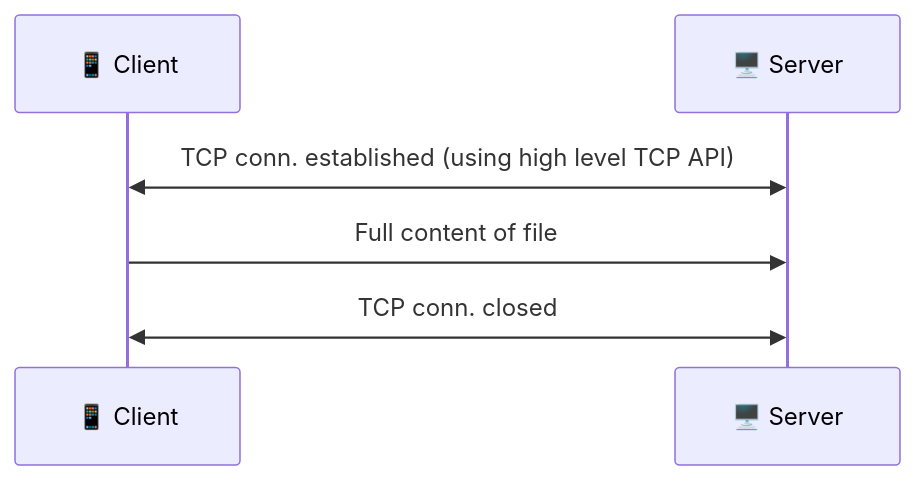
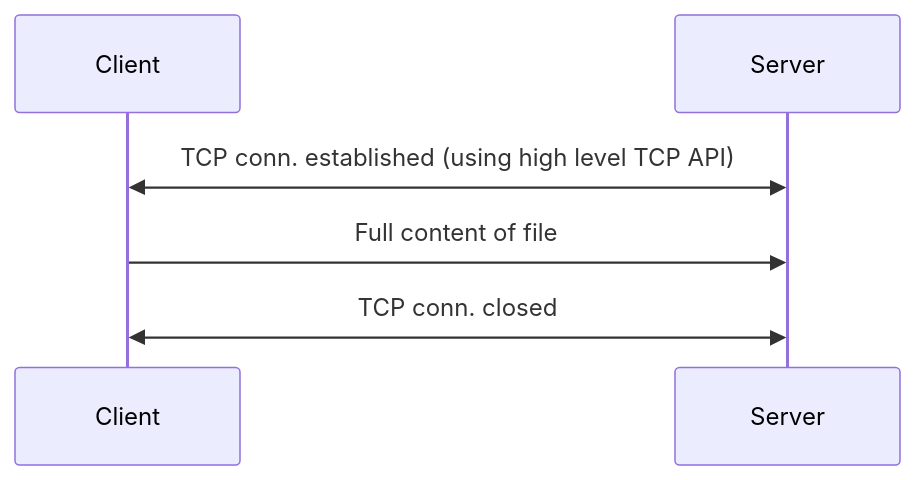
The diagram in Program-01-HardCoded/README.md (ajinspiro/HelloNetwork), drawn with Mermaid before and after one commit. The commit also changed other lines of this file, not shown here.

````diff
--- a/Program-01-HardCoded/README.md
+++ b/Program-01-HardCoded/README.md
@@ -4,9 +5,9 @@
 ```mermaid
 sequenceDiagram
-    participant Client as 📱 Client
-    participant Server as 🖥️ Server
+    participant Client
+    participant Server
 
 Client<<->>Server:TCP conn. established (using high level TCP API)
 Client->>Server:Full content of file
 Client<<->>Server:TCP conn. closed
 ```
````
